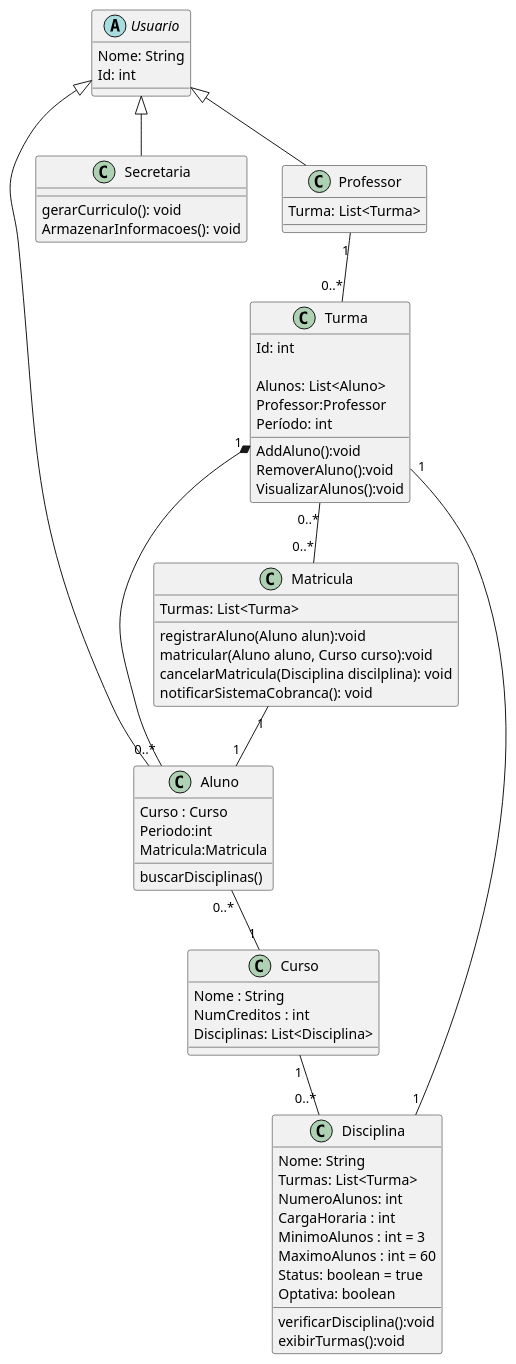
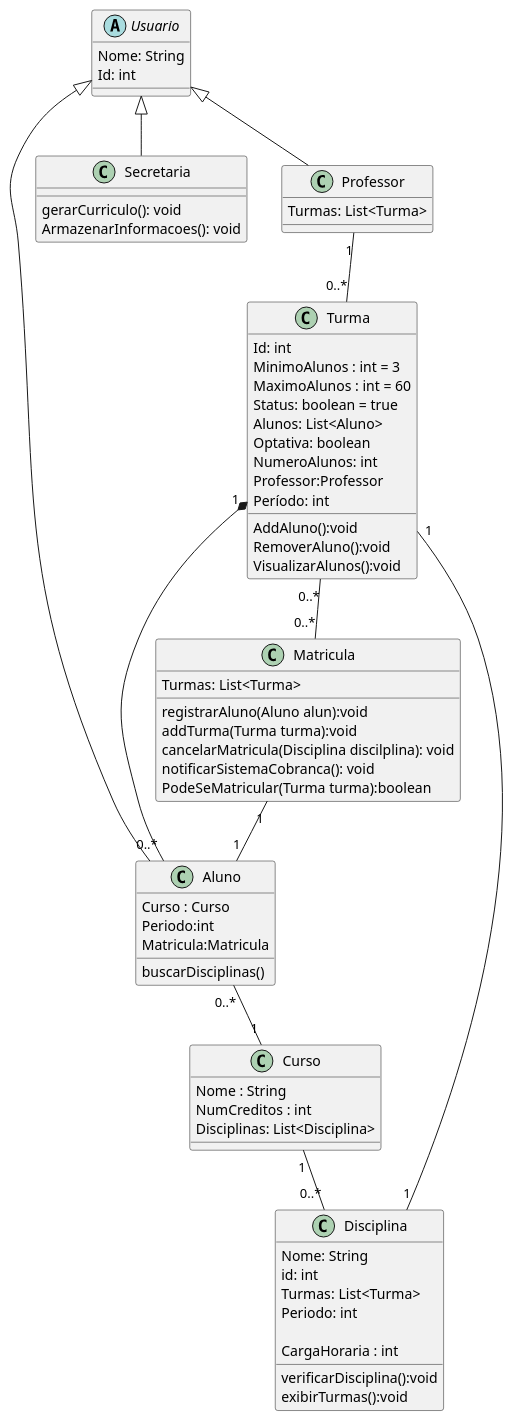
One commit to pedrofr1313/Laboratorio-Projeto-de-Software changed the diagram in project/code/DiagramaClasse.puml. Above: the diagram before and after it, drawn with PlantUML. The commit also changed 8 other files, not shown here.

```diff
--- a/project/code/DiagramaClasse.puml
+++ b/project/code/DiagramaClasse.puml
@@ -1,77 +1,81 @@
 @startuml
 class  Curso{
      Nome : String
      NumCreditos : int
      Disciplinas: List<Disciplina>
     
 }
 class  Aluno{
  Curso : Curso
  Periodo:int 
  Matricula:Matricula
  buscarDisciplinas()  
 
 }
 class  Turma{
     Id: int
-   
+    MinimoAlunos : int = 3
+    MaximoAlunos : int = 60
+    Status: boolean = true
     Alunos: List<Aluno>
+    Optativa: boolean
+    NumeroAlunos: int
     AddAluno():void
     RemoverAluno():void
     Professor:Professor
     Período: int
     VisualizarAlunos():void
 
 }
 class  Secretaria
 {
     
     gerarCurriculo(): void
     ArmazenarInformacoes(): void
     
 }
 class  Professor
 {
-    Turma: List<Turma>
+    Turmas: List<Turma>
     
 
 }
 class  Disciplina{
     Nome: String
+    id: int
     Turmas: List<Turma>
-    NumeroAlunos: int
+    Periodo: int
+
     CargaHoraria : int
-    MinimoAlunos : int = 3
-    MaximoAlunos : int = 60
-    Status: boolean = true
-    Optativa: boolean
+    
     verificarDisciplina():void
     exibirTurmas():void
 }
 class Matricula{
     
     Turmas: List<Turma>
     registrarAluno(Aluno alun):void
-    matricular(Aluno aluno, Curso curso):void
+    addTurma(Turma turma):void
     cancelarMatricula(Disciplina discilplina): void
     notificarSistemaCobranca(): void
+    PodeSeMatricular(Turma turma):boolean
     
 }
 
 abstract class Usuario{
     Nome: String
     Id: int
 }
 
 Turma "1" -- "1"Disciplina
 Professor "1"-- "0..*" Turma
 Matricula "1" -- "1" Aluno
 Turma "1" *-- "0..*"Aluno
 Curso "1"-- "0..*"Disciplina
 Usuario <|-- Aluno
 Usuario <|-- Professor
 Usuario <|-- Secretaria
 Turma "0..*" -- "0..*"Matricula
 Aluno "0..*"--"1"Curso
 
 @enduml
```
